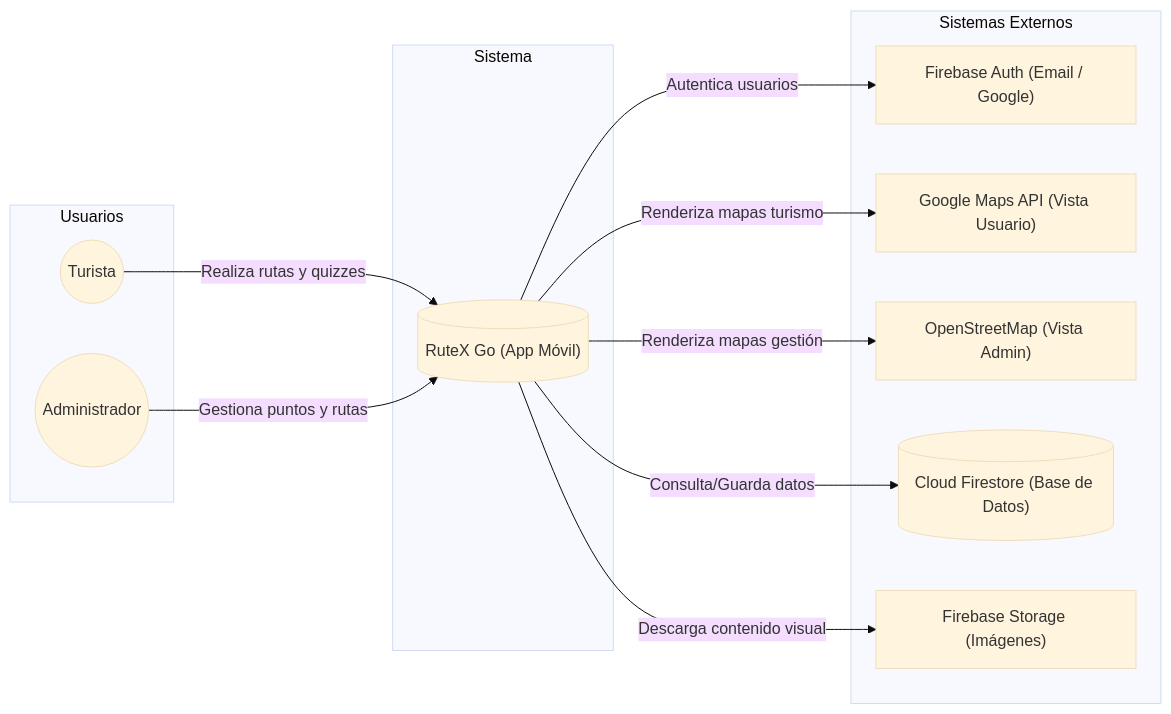
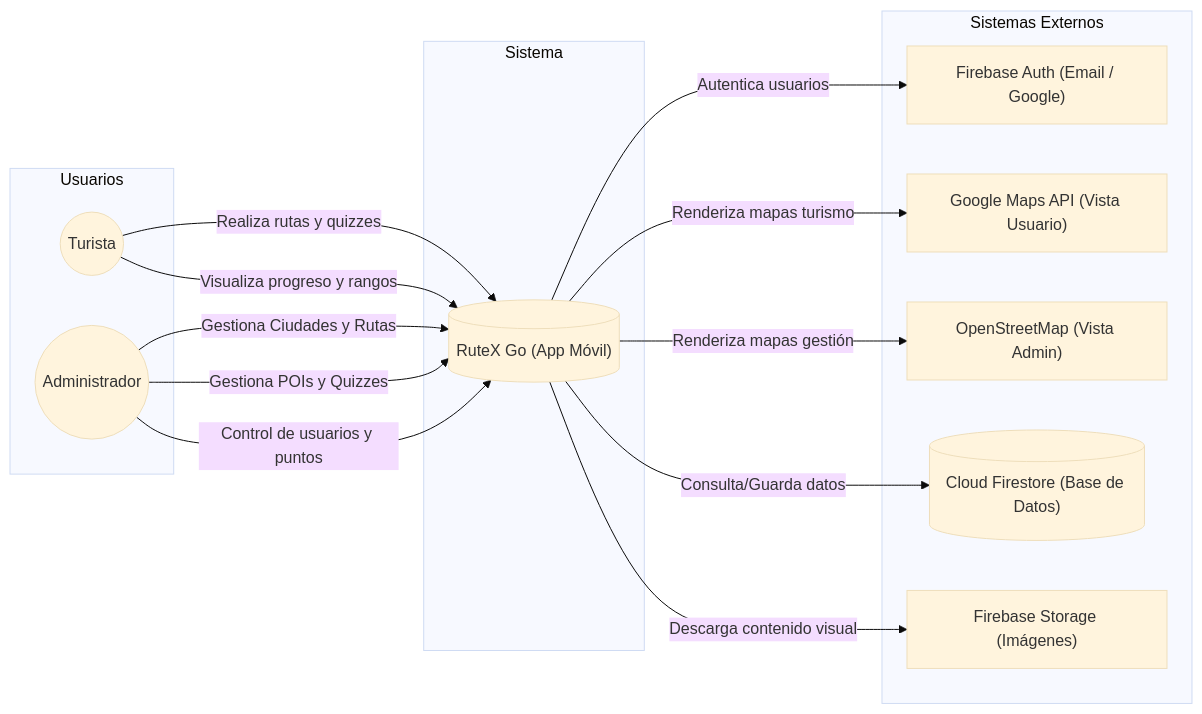
Before and after one commit to TurisTechTeam-Dev/rutexgo-assets: the third of 3 diagrams in diagrama.md, drawn with Mermaid (base theme).

````diff
--- a/diagrama.md
+++ b/diagrama.md
@@ -149,29 +149,34 @@
 ```mermaid
 graph LR
     subgraph "Usuarios"
         U1((Turista))
         U2((Administrador))
     end
 
     subgraph "Sistema"
         App[("RuteX Go (App Móvil)")]
     end
 
     subgraph "Sistemas Externos"
         Auth["Firebase Auth (Email / Google)"]
         Gmaps["Google Maps API (Vista Usuario)"]
         OSM["OpenStreetMap (Vista Admin)"]
         Firestore[("Cloud Firestore (Base de Datos)")]
         Storage["Firebase Storage (Imágenes)"]
     end
 
-    %% Interacciones
+    %% Interacciones Turista
     U1 -- "Realiza rutas y quizzes" --> App
-    U2 -- "Gestiona puntos y rutas" --> App
+    U1 -- "Visualiza progreso y rangos" --> App
+    
+    %% Interacciones Admin
+    U2 -- "Gestiona Ciudades y Rutas" --> App
+    U2 -- "Gestiona POIs y Quizzes" --> App
+    U2 -- "Control de usuarios y puntos" --> App
     
     App -- "Autentica usuarios" --> Auth
     App -- "Consulta/Guarda datos" --> Firestore
     App -- "Descarga contenido visual" --> Storage
     App -- "Renderiza mapas turismo" --> Gmaps
     App -- "Renderiza mapas gestión" --> OSM
 ```
````
